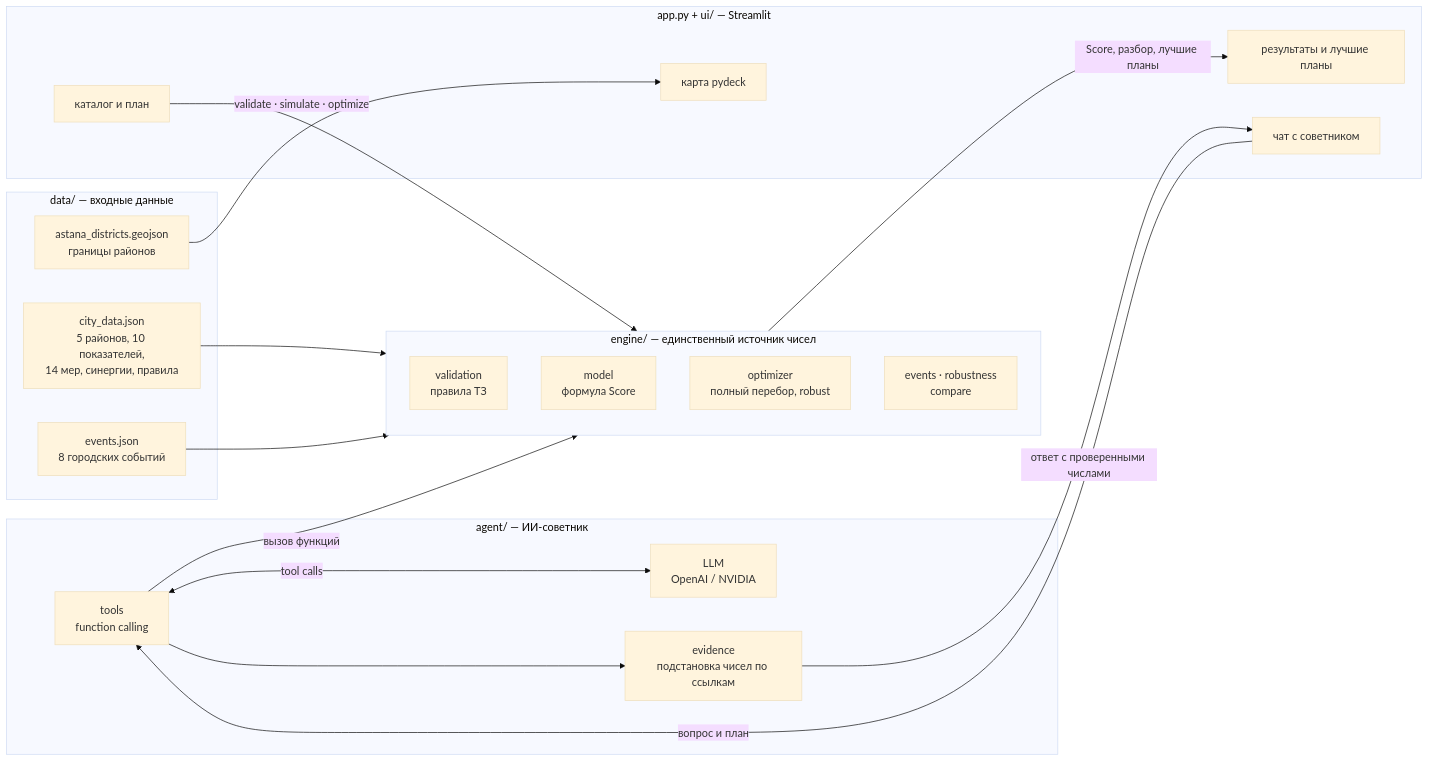
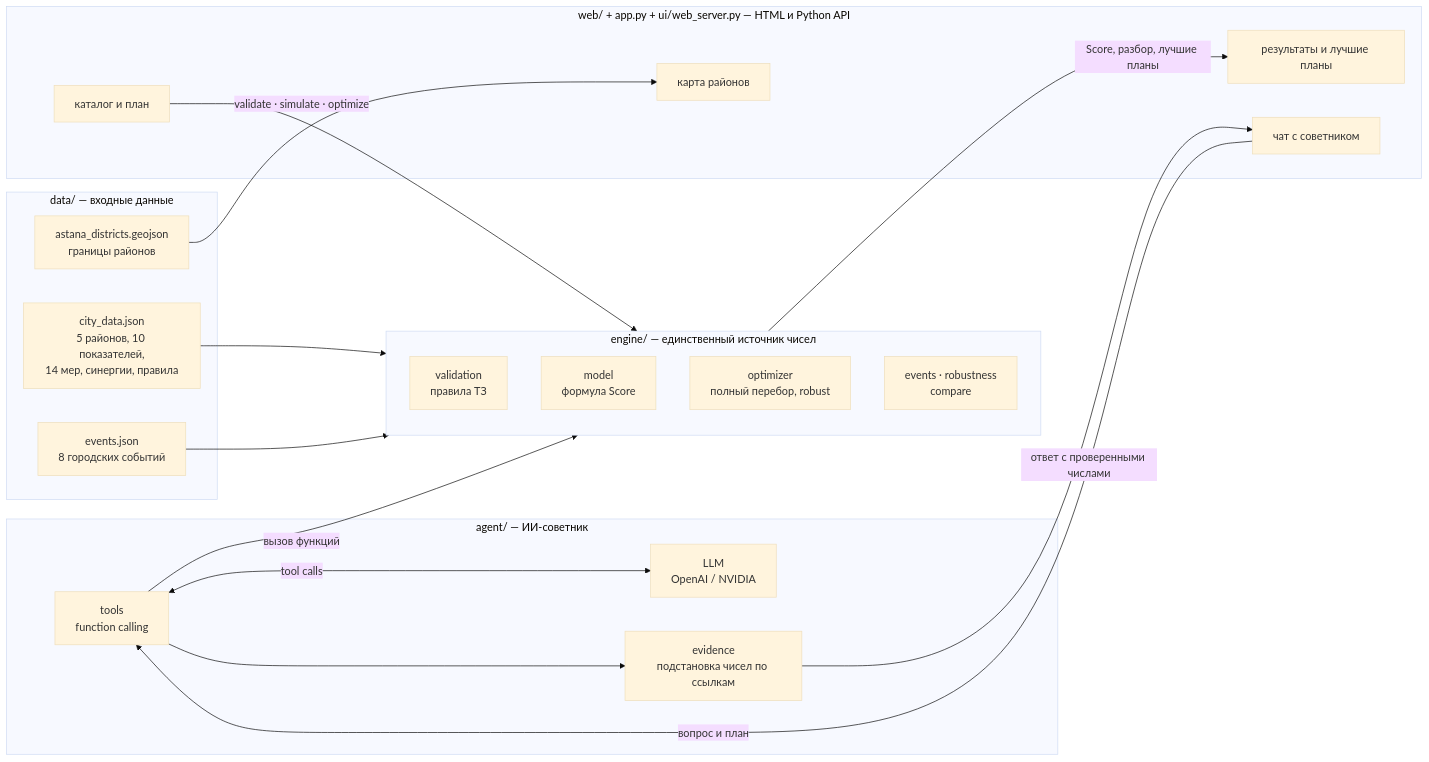
Before and after one commit to BAITC-Hacks/hack-d3b2c613-stupits: the first of 2 diagrams in README.md, drawn with Mermaid (base theme). The commit also changed other lines of this file and 26 other files, not shown here.

````diff
--- a/README.md
+++ b/README.md
@@ -171,39 +187,39 @@
 ```mermaid
 flowchart LR
     subgraph DATA["data/ — входные данные"]
         CD["city_data.json<br/>5 районов, 10 показателей,<br/>14 мер, синергии, правила"]
         EV["events.json<br/>8 городских событий"]
         GEO["astana_districts.geojson<br/>границы районов"]
     end
 
     subgraph ENGINE["engine/ — единственный источник чисел"]
         VAL["validation<br/>правила ТЗ"]
         MOD["model<br/>формула Score"]
         OPT["optimizer<br/>полный перебор, robust"]
         ROB["events · robustness<br/>compare"]
     end
 
     subgraph AGENT["agent/ — ИИ-советник"]
         LLM["LLM<br/>OpenAI / NVIDIA"]
         TOOLS["tools<br/>function calling"]
         EVI["evidence<br/>подстановка чисел по ссылкам"]
     end
 
-    subgraph UI["app.py + ui/ — Streamlit"]
-        MAP["карта pydeck"]
+    subgraph UI["web/ + app.py + ui/web_server.py — HTML и Python API"]
+        MAP["карта районов"]
         PLAN["каталог и план"]
         RES["результаты и лучшие планы"]
         CHAT["чат с советником"]
     end
 
     CD --> ENGINE
     EV --> ENGINE
     GEO --> MAP
     PLAN -->|validate · simulate · optimize| ENGINE
     ENGINE -->|Score, разбор, лучшие планы| RES
     CHAT -->|вопрос и план| TOOLS
     TOOLS <-->|tool calls| LLM
     TOOLS -->|вызов функций| ENGINE
     TOOLS --> EVI
     EVI -->|ответ с проверенными числами| CHAT
 ```
````
